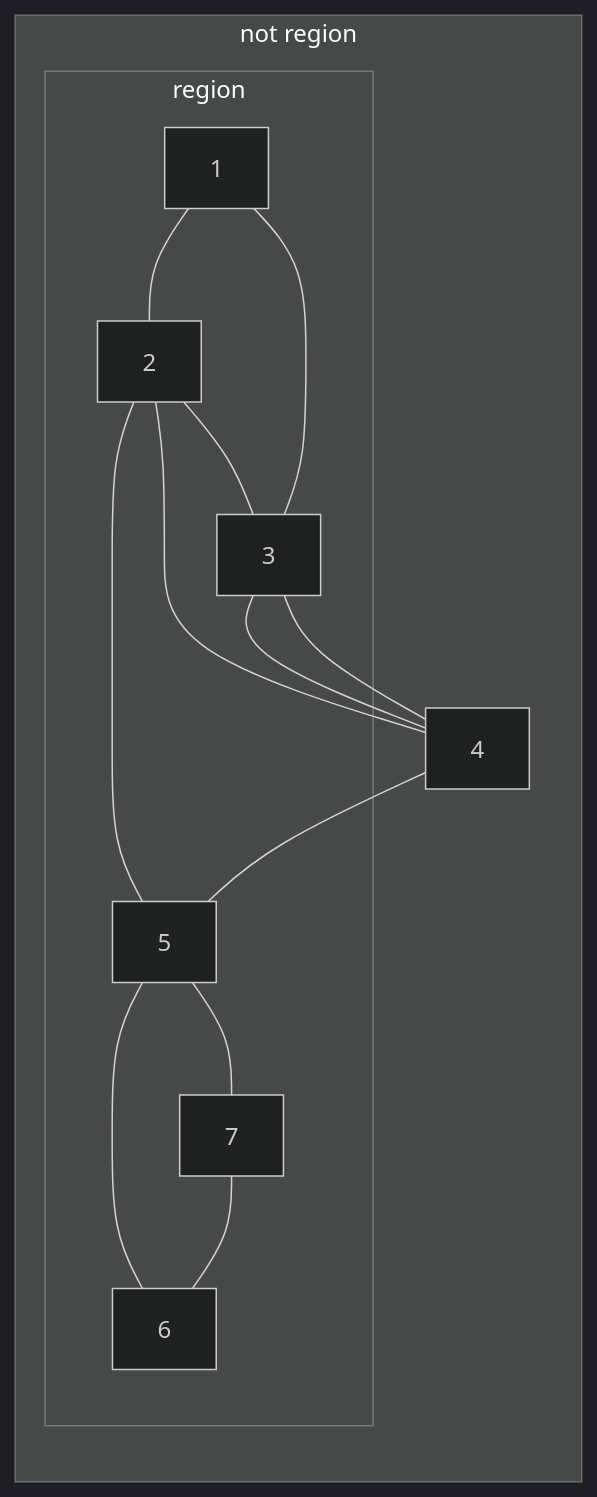
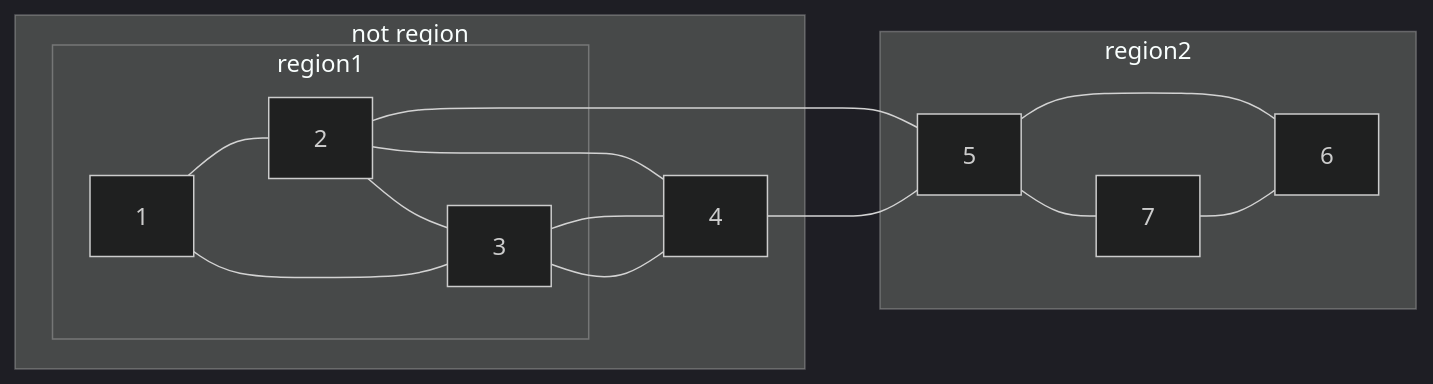
One commit to bweston6/uol-cs-notes changed the first of 2 diagrams in docs/comp324/lectures/_posts/2023-02-02-1.md. Above: the diagram before and after it, drawn with Mermaid (dark theme). The commit also changed 1 other file, not shown here.

Commit message:
Fixing file name and graph syntax.

````diff
--- a/docs/comp324/lectures/_posts/2023-02-02-1.md
+++ b/docs/comp324/lectures/_posts/2023-02-02-1.md
@@ -37,27 +37,27 @@
 ```mermaid
 graph LR
 1 --- 2
 2 --- 3
 1 --- 3
 2 --- 5
 2 --- 4
 3 --- 4
 3 --- 4
 4 --- 5
 5 --- 7
 5 --- 6
 7 --- 6
-subgraph region
+subgraph region2
 5
 6
 7
 end
 subgraph not region
 4
-subgraph region
+subgraph region1
 1
 2
 3
 end
 end
 ```
````
